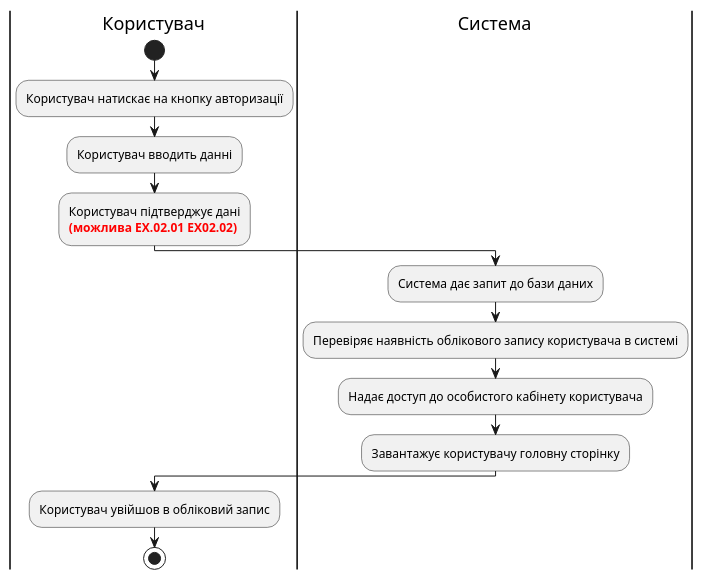
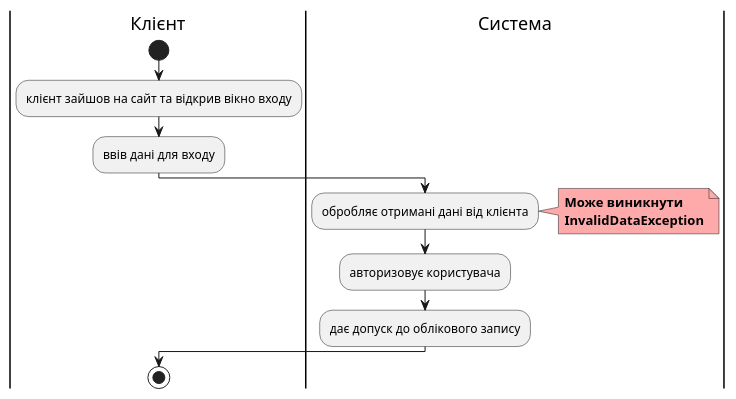
One commit to xivihwa/edu-db-cw-group1_violetta changed the fifth of 15 diagrams in docs/use cases/README.md. Above: the diagram before and after it, drawn with PlantUML. The commit also changed other lines of this file, not shown here.

```diff
--- a/docs/use cases/README.md
+++ b/docs/use cases/README.md
@@ -152,21 +174,20 @@
-@startuml
-
-|Користувач|
-start;
-:Користувач натискає на кнопку авторизації;
-:Користувач вводить данні;
-:Користувач підтверджує дані
-<font color="red"><b>(можлива EX.02.01 EX02.02);
-
-|Система|
-:Система дає запит до бази даних;
-:Перевіряє наявність облікового запису користувача в системі;
-:Надає доступ до особистого кабінету користувача;
-:Завантажує користувачу головну сторінку;
-
-|Користувач|
-:Користувач увійшов в обліковий запис;
-
-stop;
-
+    @startuml
+        
+        |Клієнт|
+        start;
+        :клієнт зайшов на сайт та відкрив вікно входу;
+        :ввів дані для входу;
+        
+        |Система|
+        :обробляє отримані дані від клієнта;
+        note right #ffaaaa
+        <b>Може виникнути</b>
+        <b>InvalidDataException</b>
+        end note
+        :авторизовує користувача;
+        :дає допуск до облікового запису;
+        
+        |Клієнт|
+        stop;
+    
 @enduml
```
